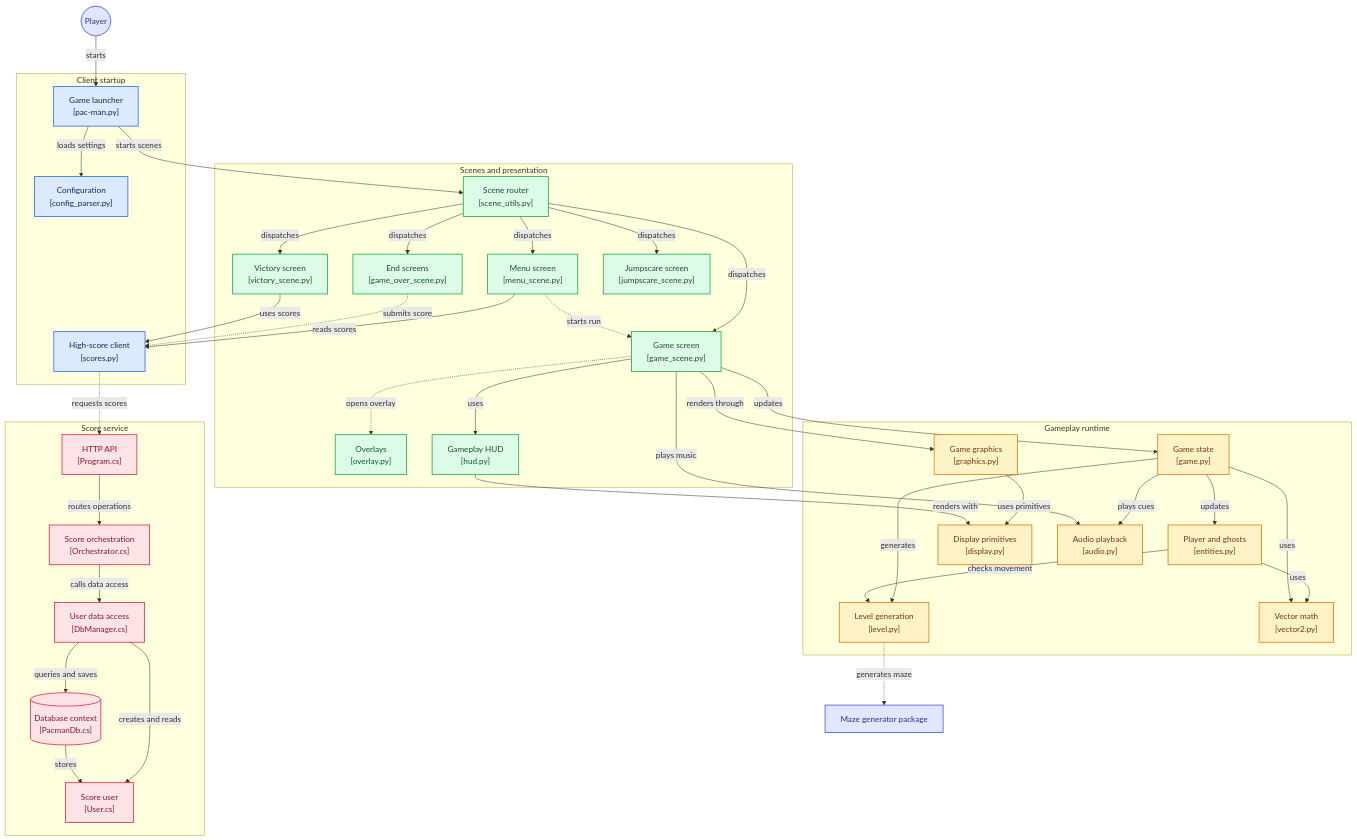
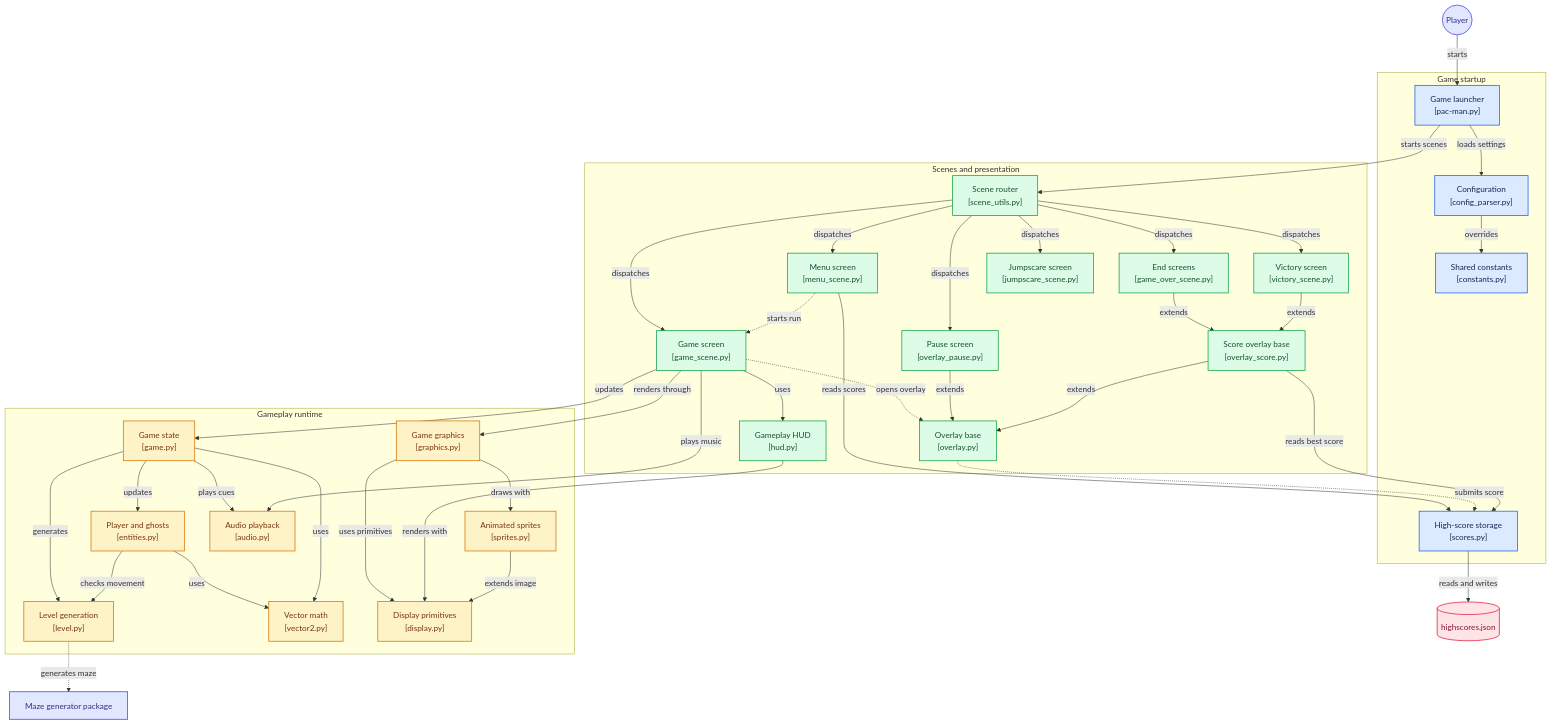
Before and after one commit to vinsongqj/42_Pac-Man: the diagram in README.md, drawn with Mermaid. The commit also changed 2 other files, not shown here.

Commit message:
removed redundant functions and fixed mermaid diagram

````diff
--- a/README.md
+++ b/README.md
@@ -120,45 +120,42 @@
 ```mermaid
 %% Generated by https://gitdiagram.com/vinsongqj/42_pac-man
 flowchart TD
-
-subgraph group_client_entry["Client startup"]
+ 
+subgraph group_client_entry["Game startup"]
   node_launcher["Game launcher<br/>[pac-man.py]"]
   node_config["Configuration<br/>[config_parser.py]"]
-  node_scores["High-score client<br/>[scores.py]"]
+  node_constants["Shared constants<br/>[constants.py]"]
+  node_scores["High-score storage<br/>[scores.py]"]
 end
-
+ 
 subgraph group_gameplay["Gameplay runtime"]
   node_game_state["Game state<br/>[game.py]"]
   node_actors["Player and ghosts<br/>[entities.py]"]
   node_level["Level generation<br/>[level.py]"]
   node_vectors["Vector math<br/>[vector2.py]"]
   node_graphics["Game graphics<br/>[graphics.py]"]
+  node_sprites["Animated sprites<br/>[sprites.py]"]
   node_display["Display primitives<br/>[display.py]"]
   node_audio["Audio playback<br/>[audio.py]"]
 end
-
+ 
 subgraph group_screens["Scenes and presentation"]
   node_scene_router["Scene router<br/>[scene_utils.py]"]
   node_menu["Menu screen<br/>[menu_scene.py]"]
   node_game_scene["Game screen<br/>[game_scene.py]"]
-  node_overlays["Overlays<br/>[overlay.py]"]
+  node_overlays["Overlay base<br/>[overlay.py]"]
+  node_pause["Pause screen<br/>[overlay_pause.py]"]
+  node_score_overlay["Score overlay base<br/>[overlay_score.py]"]
   node_end_screens["End screens<br/>[game_over_scene.py]"]
   node_victory["Victory screen<br/>[victory_scene.py]"]
   node_jumpscare["Jumpscare screen<br/>[jumpscare_scene.py]"]
   node_hud["Gameplay HUD<br/>[hud.py]"]
 end
-
-subgraph group_score_api["Score service"]
-  node_api["HTTP API<br/>[Program.cs]"]
-  node_orchestrator["Score orchestration<br/>[Orchestrator.cs]"]
-  node_db_manager["User data access<br/>[DbManager.cs]"]
-  node_db_context[("Database context<br/>[PacmanDb.cs]")]
-  node_user["Score user<br/>[User.cs]"]
-end
-
+ 
 node_player(("Player"))
 node_maze_package["Maze generator package"]
-
+node_json[("highscores.json")]
+ 
 node_player -->|"starts"| node_launcher
 node_launcher -->|"loads settings"| node_config
 node_launcher -->|"starts scenes"| node_scene_router
@@ -183,39 +180,41 @@
 node_hud -->|"renders with"| node_display
 node_game_scene -->|"plays music"| node_audio
 node_game_scene -.->|"opens overlay"| node_overlays
-node_end_screens -.->|"submits score"| node_scores
-node_victory -->|"uses scores"| node_scores
-node_scores -.->|"requests scores"| node_api
-node_api -->|"routes operations"| node_orchestrator
-node_orchestrator -->|"calls data access"| node_db_manager
-node_db_manager -->|"queries and saves"| node_db_context
-node_db_manager -->|"creates and reads"| node_user
-node_db_context -->|"stores"| node_user
-
+node_scores -->|"reads and writes"| node_json
+node_config -->|"overrides"| node_constants
+node_scene_router -->|"dispatches"| node_pause
+node_pause -->|"extends"| node_overlays
+node_score_overlay -->|"extends"| node_overlays
+node_end_screens -->|"extends"| node_score_overlay
+node_victory -->|"extends"| node_score_overlay
+node_overlays -.->|"submits score"| node_scores
+node_score_overlay -->|"reads best score"| node_scores
+node_graphics -->|"draws with"| node_sprites
+node_sprites -->|"extends image"| node_display
+ 
 click node_launcher "https://github.com/vinsongqj/42_pac-man/blob/main/pac-man.py"
-click node_config "https://github.com/vinsongqj/42_pac-man/blob/main/src/client/config_parser.py"
-click node_scene_router "https://github.com/vinsongqj/42_pac-man/blob/main/src/client/scenes/scene_utils.py"
-click node_menu "https://github.com/vinsongqj/42_pac-man/blob/main/src/client/scenes/menu_scene.py"
-click node_game_scene "https://github.com/vinsongqj/42_pac-man/blob/main/src/client/scenes/game_scene.py"
-click node_overlays "https://github.com/vinsongqj/42_pac-man/blob/main/src/client/scenes/overlay.py"
-click node_end_screens "https://github.com/vinsongqj/42_pac-man/blob/main/src/client/scenes/game_over_scene.py"
-click node_victory "https://github.com/vinsongqj/42_pac-man/blob/main/src/client/scenes/victory_scene.py"
-click node_jumpscare "https://github.com/vinsongqj/42_pac-man/blob/main/src/client/scenes/jumpscare_scene.py"
-click node_hud "https://github.com/vinsongqj/42_pac-man/blob/main/src/client/scenes/hud.py"
-click node_game_state "https://github.com/vinsongqj/42_pac-man/blob/main/src/client/game.py"
-click node_actors "https://github.com/vinsongqj/42_pac-man/blob/main/src/client/entities.py"
-click node_level "https://github.com/vinsongqj/42_pac-man/blob/main/src/client/level.py"
-click node_vectors "https://github.com/vinsongqj/42_pac-man/blob/main/src/client/vector2.py"
-click node_graphics "https://github.com/vinsongqj/42_pac-man/blob/main/src/client/graphics.py"
-click node_display "https://github.com/vinsongqj/42_pac-man/blob/main/src/client/display.py"
-click node_audio "https://github.com/vinsongqj/42_pac-man/blob/main/src/client/audio.py"
-click node_scores "https://github.com/vinsongqj/42_pac-man/blob/main/src/client/scores.py"
-click node_api "https://github.com/vinsongqj/42_pac-man/blob/main/src/server/Pacman.Server.Api/Program.cs"
-click node_orchestrator "https://github.com/vinsongqj/42_pac-man/blob/main/src/server/Pacman.Server.Core/Orchestrator.cs"
-click node_db_manager "https://github.com/vinsongqj/42_pac-man/blob/main/src/server/Pacman.Server.Data/DbManager.cs"
-click node_db_context "https://github.com/vinsongqj/42_pac-man/blob/main/src/server/Pacman.Server.Data/PacmanDb.cs"
-click node_user "https://github.com/vinsongqj/42_pac-man/blob/main/src/server/Pacman.Server.Data/Entities/User.cs"
-
+click node_config "https://github.com/vinsongqj/42_pac-man/blob/main/src/config_parser.py"
+click node_scene_router "https://github.com/vinsongqj/42_pac-man/blob/main/src/scenes/scene_utils.py"
+click node_menu "https://github.com/vinsongqj/42_pac-man/blob/main/src/scenes/menu_scene.py"
+click node_game_scene "https://github.com/vinsongqj/42_pac-man/blob/main/src/scenes/game_scene.py"
+click node_overlays "https://github.com/vinsongqj/42_pac-man/blob/main/src/scenes/overlay.py"
+click node_end_screens "https://github.com/vinsongqj/42_pac-man/blob/main/src/scenes/game_over_scene.py"
+click node_victory "https://github.com/vinsongqj/42_pac-man/blob/main/src/scenes/victory_scene.py"
+click node_jumpscare "https://github.com/vinsongqj/42_pac-man/blob/main/src/scenes/jumpscare_scene.py"
+click node_hud "https://github.com/vinsongqj/42_pac-man/blob/main/src/scenes/hud.py"
+click node_game_state "https://github.com/vinsongqj/42_pac-man/blob/main/src/game.py"
+click node_actors "https://github.com/vinsongqj/42_pac-man/blob/main/src/entities.py"
+click node_level "https://github.com/vinsongqj/42_pac-man/blob/main/src/level.py"
+click node_vectors "https://github.com/vinsongqj/42_pac-man/blob/main/src/vector2.py"
+click node_graphics "https://github.com/vinsongqj/42_pac-man/blob/main/src/graphics.py"
+click node_display "https://github.com/vinsongqj/42_pac-man/blob/main/src/display.py"
+click node_audio "https://github.com/vinsongqj/42_pac-man/blob/main/src/audio.py"
+click node_scores "https://github.com/vinsongqj/42_pac-man/blob/main/src/scores.py"
+click node_constants "https://github.com/vinsongqj/42_pac-man/blob/main/src/constants.py"
+click node_sprites "https://github.com/vinsongqj/42_pac-man/blob/main/src/sprites.py"
+click node_pause "https://github.com/vinsongqj/42_pac-man/blob/main/src/scenes/overlay_pause.py"
+click node_score_overlay "https://github.com/vinsongqj/42_pac-man/blob/main/src/scenes/overlay_score.py"
+ 
 classDef toneNeutral fill:#f8fafc,stroke:#334155,stroke-width:1.5px,color:#0f172a
 classDef toneBlue fill:#dbeafe,stroke:#2563eb,stroke-width:1.5px,color:#172554
 classDef toneAmber fill:#fef3c7,stroke:#d97706,stroke-width:1.5px,color:#78350f
@@ -223,9 +222,9 @@
 classDef toneRose fill:#ffe4e6,stroke:#e11d48,stroke-width:1.5px,color:#881337
 classDef toneIndigo fill:#e0e7ff,stroke:#4f46e5,stroke-width:1.5px,color:#312e81
 classDef toneTeal fill:#ccfbf1,stroke:#0f766e,stroke-width:1.5px,color:#134e4a
-class node_launcher,node_config,node_scores toneBlue
-class node_game_state,node_actors,node_level,node_vectors,node_graphics,node_display,node_audio toneAmber
-class node_scene_router,node_menu,node_game_scene,node_overlays,node_end_screens,node_victory,node_jumpscare,node_hud toneMint
-class node_api,node_orchestrator,node_db_manager,node_db_context,node_user toneRose
+class node_launcher,node_config,node_constants,node_scores toneBlue
+class node_game_state,node_actors,node_level,node_vectors,node_graphics,node_sprites,node_display,node_audio toneAmber
+class node_scene_router,node_menu,node_game_scene,node_overlays,node_pause,node_score_overlay,node_end_screens,node_victory,node_jumpscare,node_hud toneMint
+class node_json toneRose
 class node_player,node_maze_package toneIndigo
 ```
````
